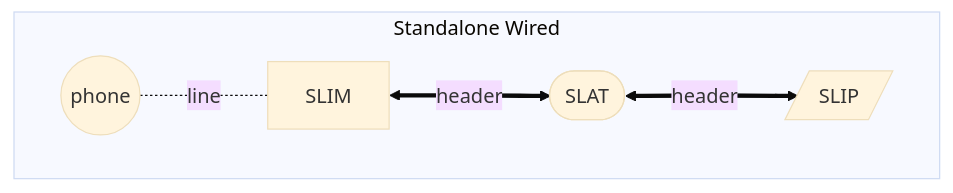
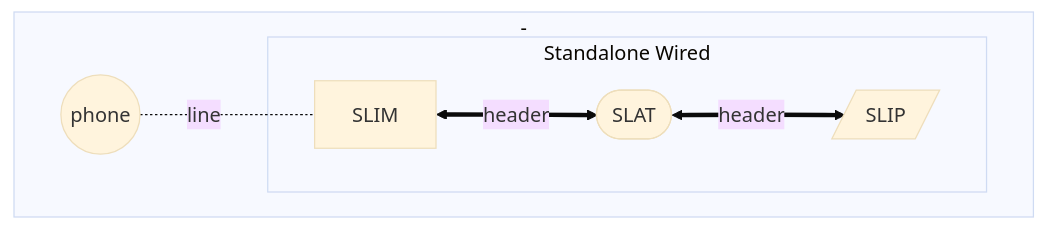
The second of 4 diagrams in docs/README - modular.md (ktownsend-personal/RetroPhone), drawn with Mermaid (base theme) before and after one commit. The commit also changed other lines of this file, not shown here.

````diff
--- a/docs/README - modular.md
+++ b/docs/README - modular.md
@@ -22,8 +25,10 @@
 ```mermaid
 flowchart LR
-  subgraph Standalone Wired
+  subgraph -
     direction LR
     Phone((phone)) -.-|line| SLIM
-    SLIM <==>|header| SLAT([SLAT]) <==>|header| SLIP[/SLIP/]
+    subgraph Standalone Wired
+      SLIM <==>|header| SLAT([SLAT]) <==>|header| SLIP[/SLIP/]
+    end
   end
 ```
````
